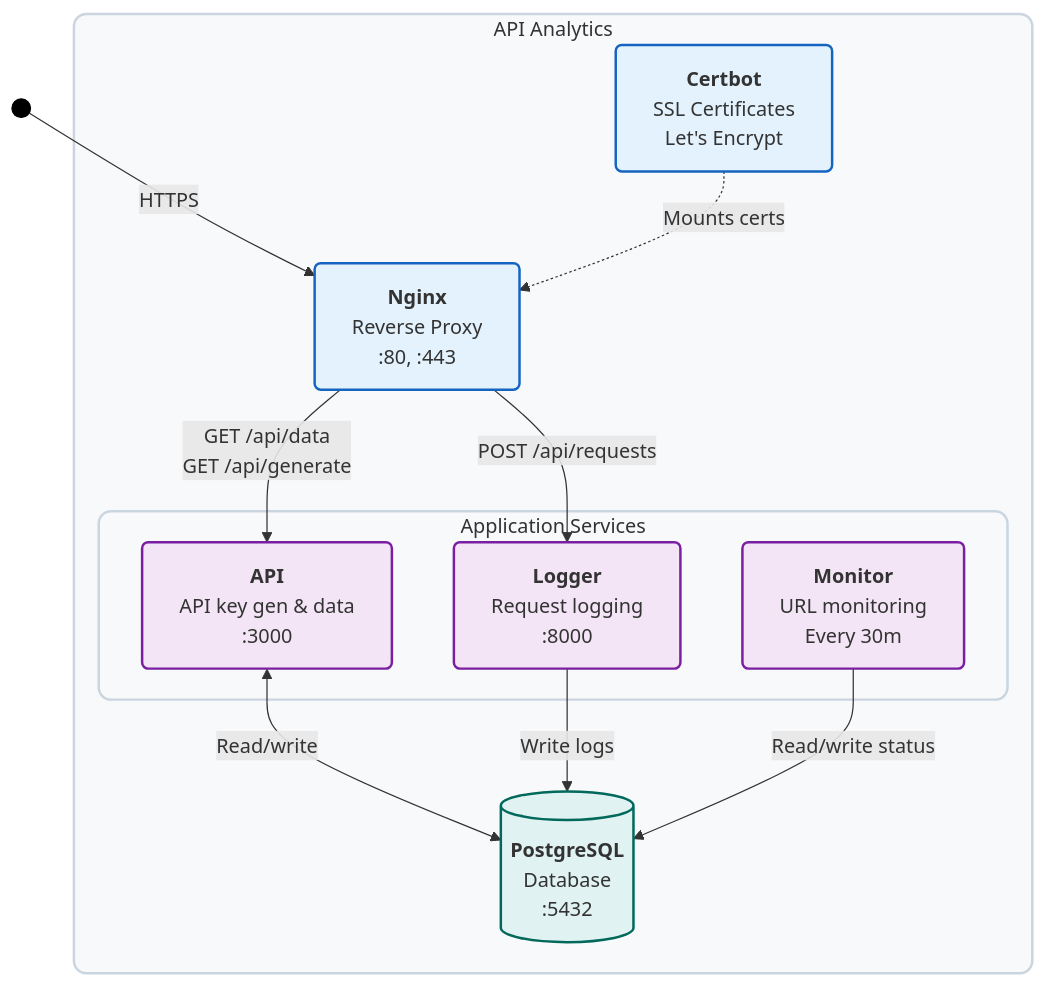
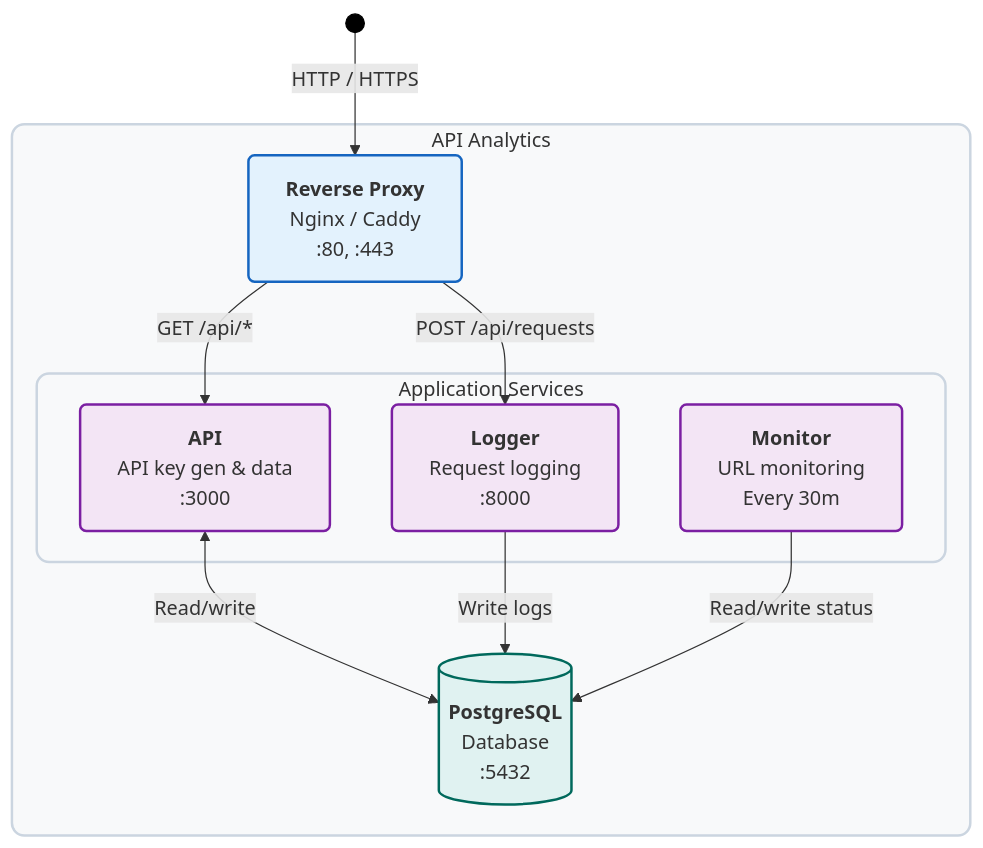
One commit to tom-draper/api-analytics changed the diagram in server/self-hosting/README.md. Above: the diagram before and after it, drawn with Mermaid. The commit also changed other lines of this file and 11 other files, not shown here.

````diff
--- a/server/self-hosting/README.md
+++ b/server/self-hosting/README.md
@@ -7,50 +7,44 @@
 ```mermaid
 graph TD
     %% --- Nodes ---
-    %% Start Node (Hidden/Small circle to simulate 'just an arrow')
     Start(( ))
 
     subgraph "API Analytics"
         %% Gateway Layer
-        nginx[<b>Nginx</b><br/>Reverse Proxy<br/>:80, :443]
-        certbot[<b>Certbot</b><br/>SSL Certificates<br/>Let's Encrypt]
+        proxy[<b>Reverse Proxy</b><br/>Nginx / Caddy<br/>:80, :443]
 
         %% Application Layer
         subgraph "Application Services"
             api[<b>API</b><br/>API key gen & data<br/>:3000]
             logger[<b>Logger</b><br/>Request logging<br/>:8000]
             monitor[<b>Monitor</b><br/>URL monitoring<br/>Every 30m]
         end
 
         %% Database Layer
         db[(<b>PostgreSQL</b><br/>Database<br/>:5432)]
     end
 
     %% --- Edges ---
-    Start -->|HTTPS| nginx
-    
-    nginx -->|GET /api/data<br>GET /api/generate| api
-    nginx -->|POST /api/requests| logger
-    
-    certbot -.->|Mounts certs| nginx
+    Start -->|HTTP / HTTPS| proxy
+
+    proxy -->|GET /api/*| api
+    proxy -->|POST /api/requests| logger
 
     api <-->|Read/write| db
     logger -->|Write logs| db
     monitor -->|Read/write status| db
 
     %% --- Styling ---
     classDef default fill:#ffffff,stroke:#333,stroke-width:1px,rx:5,ry:5;
     classDef cluster fill:#f8f9fa,stroke:#cbd5e0,stroke-width:2px,rx:10,ry:10;
-    
-    %% Specific Colors
-    class Start inputNode;
-    class nginx,certbot gateway;
-    class api,logger,monitor app;
-    class db database;
 
-    %% Class Definitions
     classDef inputNode fill:#000,stroke:#000,width:15px,height:15px;
     classDef gateway fill:#e3f2fd,stroke:#1565c0,stroke-width:2px;
     classDef app fill:#f3e5f5,stroke:#7b1fa2,stroke-width:2px;
     classDef database fill:#e0f2f1,stroke:#00695c,stroke-width:2px;
+
+    class Start inputNode;
+    class proxy gateway;
+    class api,logger,monitor app;
+    class db database;
 ```
````
